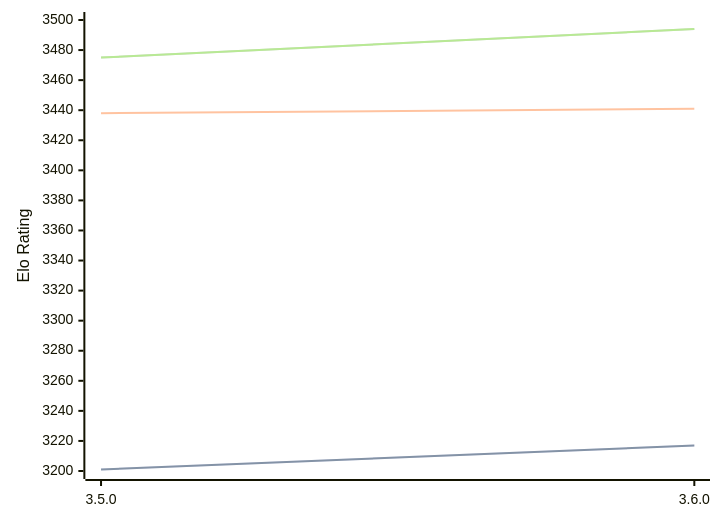
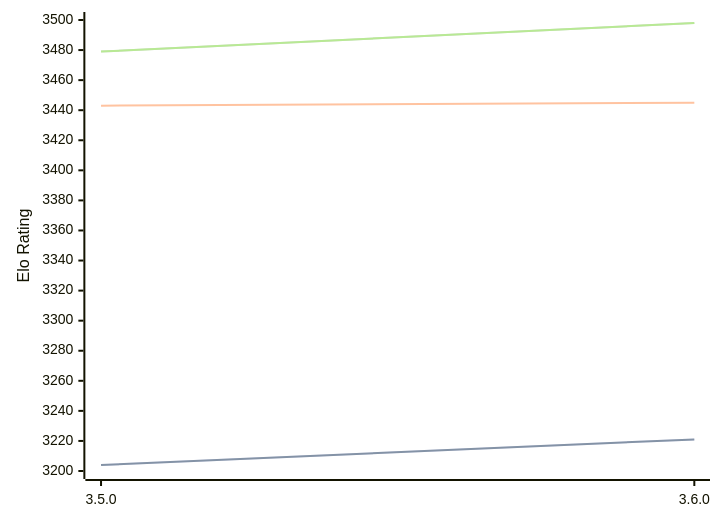
The diagram in engines/Igel.md (computer-chess-index/cci), drawn with Mermaid before and after one commit. The commit also changed other lines of this file, not shown here.

Commit message:
Update CCI Ratings (ELO VLTC) - 2026-04-30

````diff
--- a/engines/Igel.md
+++ b/engines/Igel.md
@@ -68,11 +68,11 @@
 ```mermaid
 %%{init: {"theme":"base","themeVariables":{"seriesColors:['#a3a3a3','#222221','#faa371']}}}%%
 xychart-beta
   x-axis ["3.5.0", "3.6.0"]
   y-axis "Elo Rating" 3200 --> 3500
-  line "STC (8.0+0.08s)" [3201, 3217]
-  line "STC (8.0+0.08s)" [3201, 3217]
-  line "LTC (60.0+0.60s)" [3438, 3441]
-  line "VLTC (2m24s+1.12s)" [3475, 3494]
-  line "VLTC (2m24s+1.12s)" [3475, 3494]
+  line "STC (8.0+0.08s)" [3204, 3221]
+  line "STC (8.0+0.08s)" [3204, 3221]
+  line "LTC (60.0+0.60s)" [3443, 3445]
+  line "VLTC (2m24s+1.12s)" [3479, 3498]
+  line "VLTC (2m24s+1.12s)" [3479, 3498]
 ```
````
